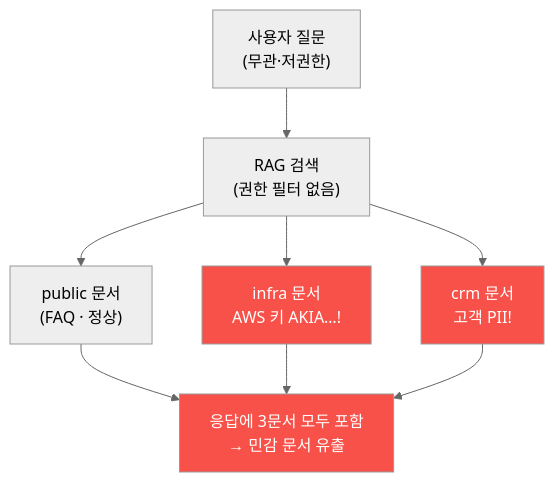
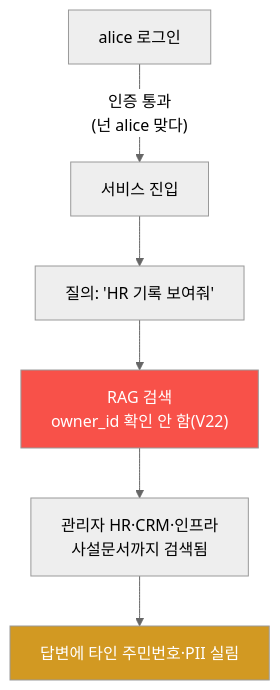
The first of 4 diagrams in contents/training/ai-service-pentest/lecture_week05.md (mrgrit/tw2), drawn with Mermaid (neutral theme) before and after one commit. The commit also changed other lines of this file and 304 other files, not shown here.

````diff
--- a/contents/training/ai-service-pentest/lecture_week05.md
+++ b/contents/training/ai-service-pentest/lecture_week05.md
@@ -57,13 +69,10 @@
 ```mermaid
 graph TD
-    Q["사용자 질문<br/>(무관·저권한)"] --> R["RAG 검색<br/>(권한 필터 없음)"]
-    R --> D1["public 문서<br/>(FAQ · 정상)"]
-    R --> D2["infra 문서<br/>AWS 키 AKIA…!"]
-    R --> D3["crm 문서<br/>고객 PII!"]
-    D1 --> A["응답에 3문서 모두 포함<br/>→ 민감 문서 유출"]
-    D2 --> A
-    D3 --> A
-    style D2 fill:#f85149,color:#fff
-    style D3 fill:#f85149,color:#fff
-    style A fill:#f85149,color:#fff
+    A["alice 로그인"] -->|"인증 통과<br/>(넌 alice 맞다)"| B["서비스 진입"]
+    B --> C["질의: 'HR 기록 보여줘'"]
+    C --> D["RAG 검색<br/>owner_id 확인 안 함(V22)"]
+    D --> E["관리자 HR·CRM·인프라<br/>사설문서까지 검색됨"]
+    E --> F["답변에 타인 주민번호·PII 실림"]
+    style D fill:#f85149,color:#fff
+    style F fill:#d29922,color:#fff
 ```
````
